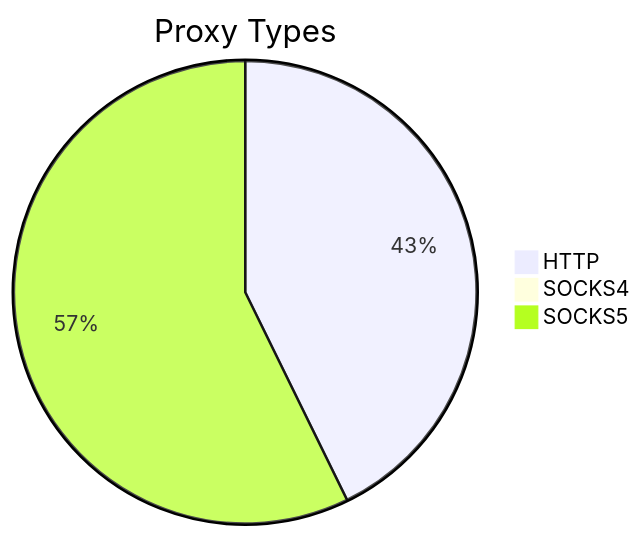
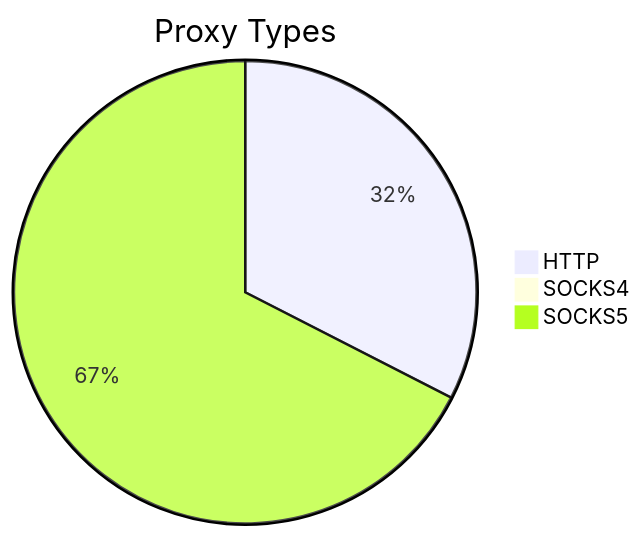
The first of 2 diagrams in README.md (stormsia/proxy-list), drawn with Mermaid before and after one commit. The commit also changed other lines of this file, not shown here.

````diff
--- a/README.md
+++ b/README.md
@@ -21,6 +21,6 @@
 ```mermaid
 pie title Proxy Types
-    "HTTP" : 1161
-    "SOCKS4" : 14
-    "SOCKS5" : 1555
+    "HTTP" : 1063
+    "SOCKS4" : 26
+    "SOCKS5" : 2205
 ```
````
